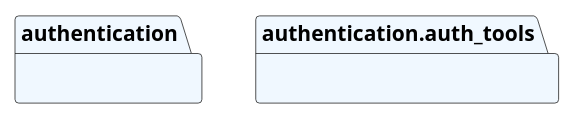
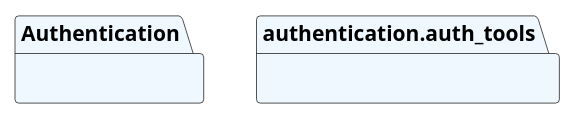
One commit to david-gary/onlineStoreTemplate changed the diagram in docs/diagrams/system/authentication_packages.puml. Above: the diagram before and after it, drawn with PlantUML. The commit also changed 3 other files, not shown here.

Commit message:
Product review sequence added

```diff
--- a/docs/diagrams/system/authentication_packages.puml
+++ b/docs/diagrams/system/authentication_packages.puml
@@ -1,7 +1,8 @@
-@startuml packages
+@startuml Authentication
 set namespaceSeparator none
-package "authentication" as authentication #aliceblue {
+package "Authentication" as authentication #aliceblue {
 }
+
 package "authentication.auth_tools" as authentication.auth_tools #aliceblue {
 }
 @enduml
```
